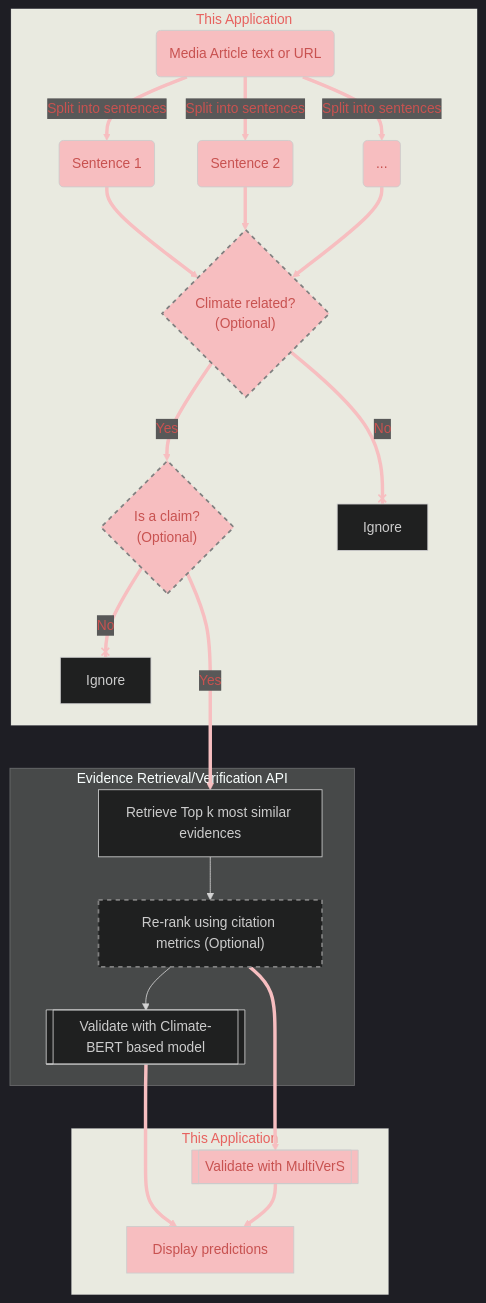
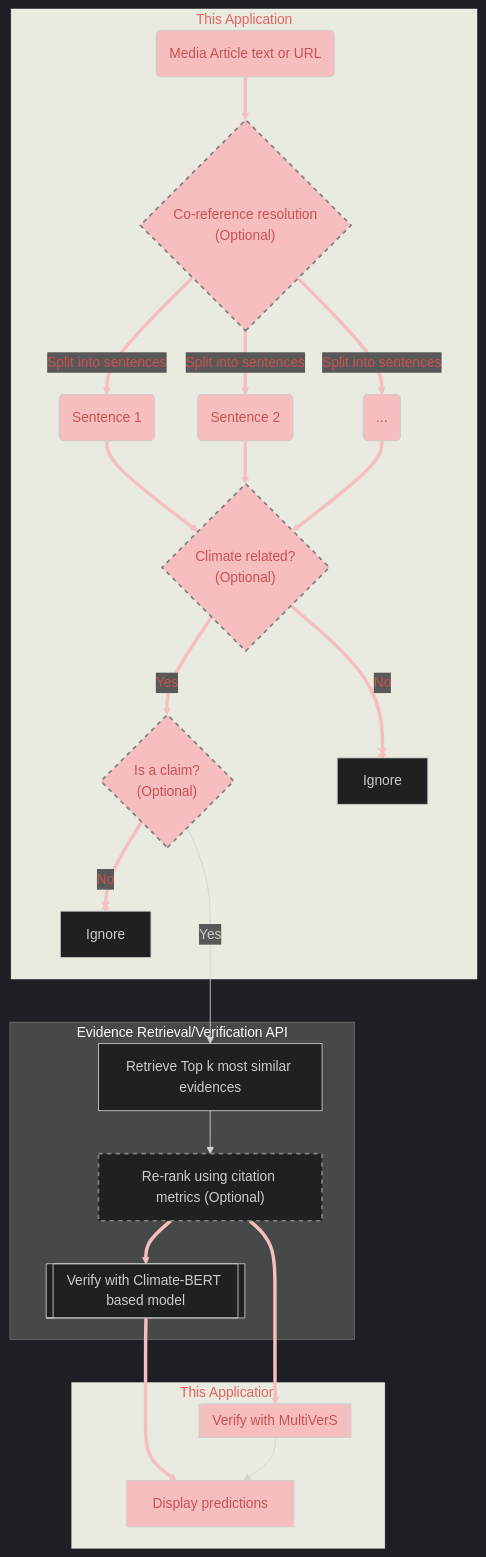
Before and after one commit to aaalexlit/cc-omdena-streamlit: the first of 2 diagrams in README.md, drawn with Mermaid. The commit also changed other lines of this file, not shown here.

````diff
--- a/README.md
+++ b/README.md
@@ -32,32 +32,34 @@
 ```mermaid
 %%{ init: { 'theme': 'dark' } }%%
 flowchart TB
    subgraph client1 [This Application]
-      A(Media Article text or URL) -->|Split into sentences| S1("Sentence 1")
-      A:::curAppNode -->|Split into sentences| S2("Sentence 2")
-      A -->|Split into sentences| SN("...")
+      A(Media Article text or URL):::curAppNode --> COR{"Co-reference resolution \n (Optional)"}
+      COR:::curAppNode -->|Split into sentences| S1("Sentence 1")
+      COR -->|Split into sentences| S2("Sentence 2")
+      COR -->|Split into sentences| SN("...")
       S1:::curAppNode --> CR{"Climate related?\n (Optional)"}
       S2:::curAppNode --> CR
       SN:::curAppNode --> CR
       CR:::curAppNode -->|Yes| IC{"Is a claim? \n(Optional)"}
       CR:::curAppNode --No --x N[ Ignore ]
       IC:::curAppNode --No --x N1[Ignore]
    end
    subgraph API [Evidence Retrieval/Verification API]
       IC -- Yes ---> E["Retrieve Top k most similar evidences"]
       E --> R["Re-rank using citation metrics (Optional)"]
-      R --> VC[["Validate with Climate-BERT based model"]]
+      R --> VC[["Verify with Climate-BERT based model"]]
    end
    subgraph client2 [ This Application ]
-      R ---> VM[["Validate with MultiVerS"]]
+      R ---> VM[["Verify with MultiVerS"]]
       VC --> D["Display predictions"]
       VM:::curAppNode --> D:::curAppNode
    end
     style R stroke:#808080,stroke-width:2px,stroke-dasharray: 5 5
     style CR stroke:#808080,stroke-width:2px,stroke-dasharray: 5 5
+    style COR stroke:#808080,stroke-width:2px,stroke-dasharray: 5 5
     style IC stroke:#808080,stroke-width:2px,stroke-dasharray: 5 5
     classDef curAppNode fill:#F7BEC0,color:#C85250
     style client1 fill:#E9EAE0,color:#E7625F
     style client2 fill:#E9EAE0,color:#E7625F
     linkStyle 0,1,2,3,4,5,6,7,8,9,12,13,14 stroke:#F7BEC0,stroke-width:4px,color:#C85250
 ```
````
